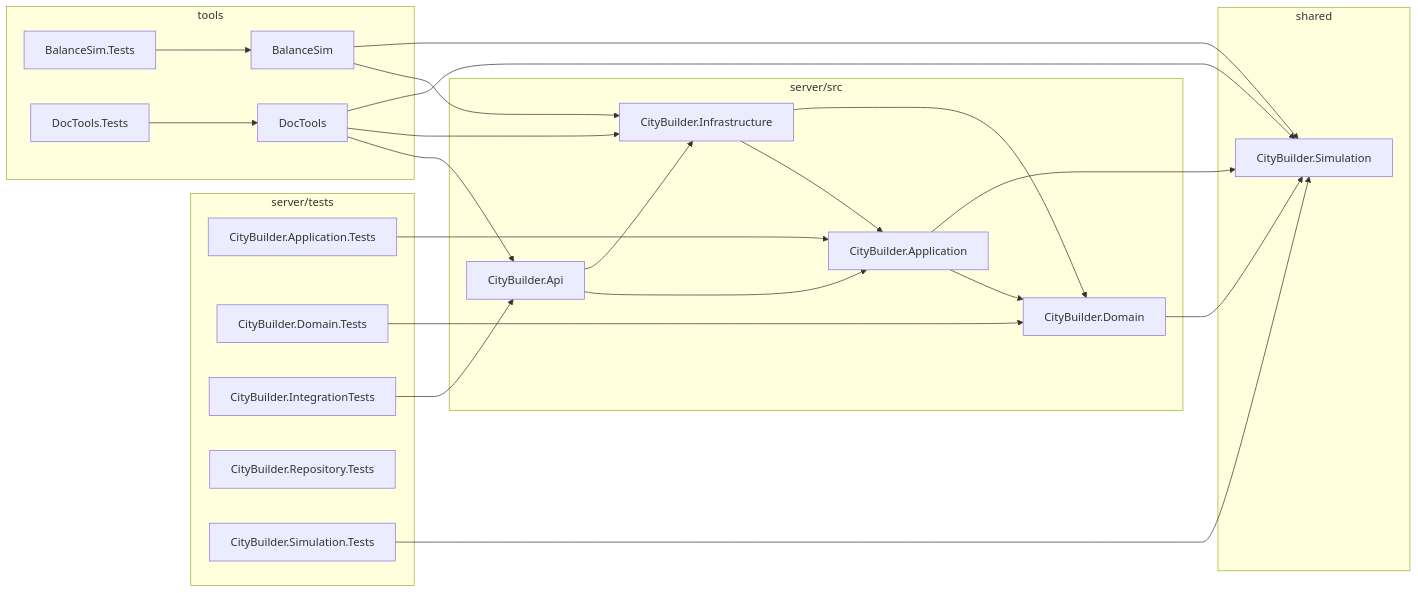
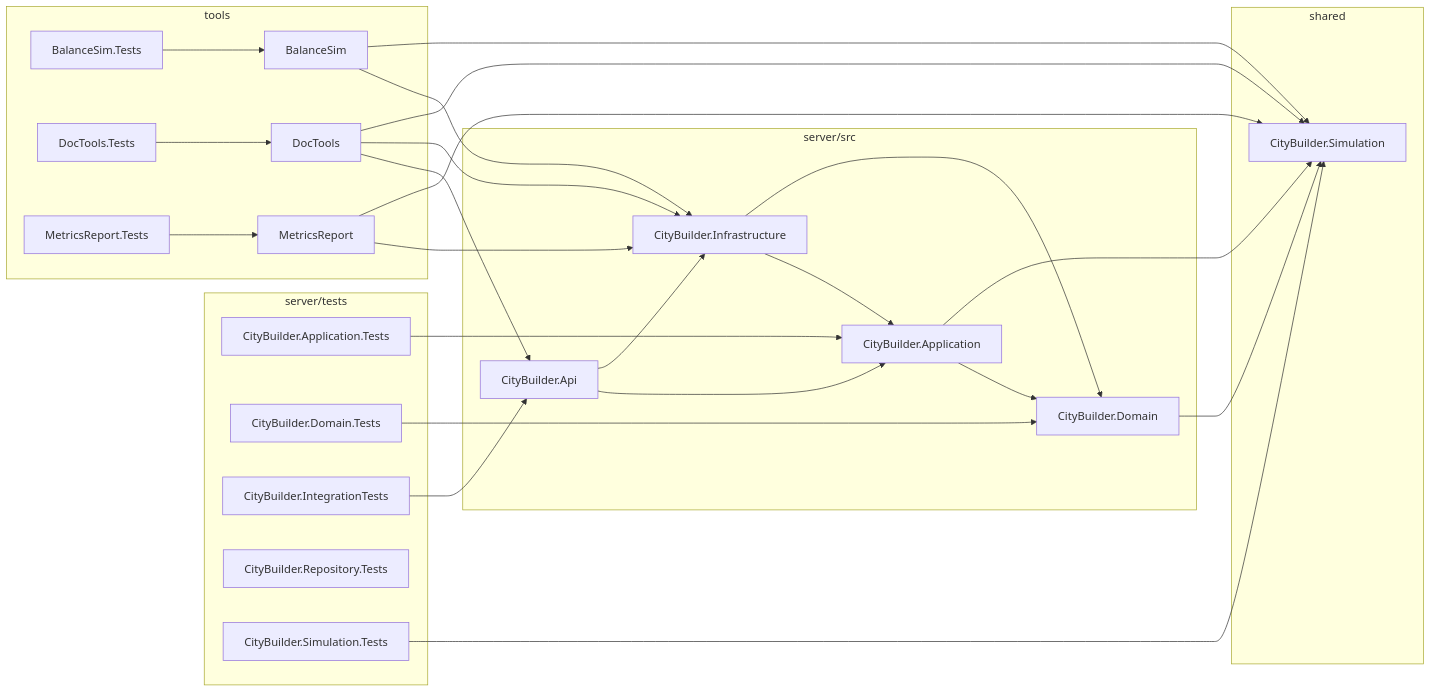
The first of 2 diagrams in docs/reference/generated/project-map.md (Samurai-netizen/citybuild), drawn with Mermaid before and after one commit. The commit also changed other lines of this file and 5 other files, not shown here.

Commit message:
docs(CR-0009-T2): checkpoint, part A (projects, command line, architecture docs)

````diff
--- a/docs/reference/generated/project-map.md
+++ b/docs/reference/generated/project-map.md
@@ -11,43 +11,48 @@
 ```mermaid
 flowchart LR
   subgraph n_server_src["server/src"]
     n_CityBuilder_Api["CityBuilder.Api"]
     n_CityBuilder_Application["CityBuilder.Application"]
     n_CityBuilder_Domain["CityBuilder.Domain"]
     n_CityBuilder_Infrastructure["CityBuilder.Infrastructure"]
   end
   subgraph n_server_tests["server/tests"]
     n_CityBuilder_Application_Tests["CityBuilder.Application.Tests"]
     n_CityBuilder_Domain_Tests["CityBuilder.Domain.Tests"]
     n_CityBuilder_IntegrationTests["CityBuilder.IntegrationTests"]
     n_CityBuilder_Repository_Tests["CityBuilder.Repository.Tests"]
     n_CityBuilder_Simulation_Tests["CityBuilder.Simulation.Tests"]
   end
   subgraph n_shared["shared"]
     n_CityBuilder_Simulation["CityBuilder.Simulation"]
   end
   subgraph n_tools["tools"]
     n_BalanceSim_Tests["BalanceSim.Tests"]
     n_BalanceSim["BalanceSim"]
     n_DocTools_Tests["DocTools.Tests"]
     n_DocTools["DocTools"]
+    n_MetricsReport_Tests["MetricsReport.Tests"]
+    n_MetricsReport["MetricsReport"]
   end
   n_CityBuilder_Api --> n_CityBuilder_Application
   n_CityBuilder_Api --> n_CityBuilder_Infrastructure
   n_CityBuilder_Application --> n_CityBuilder_Domain
   n_CityBuilder_Application --> n_CityBuilder_Simulation
   n_CityBuilder_Domain --> n_CityBuilder_Simulation
   n_CityBuilder_Infrastructure --> n_CityBuilder_Application
   n_CityBuilder_Infrastructure --> n_CityBuilder_Domain
   n_CityBuilder_Application_Tests --> n_CityBuilder_Application
   n_CityBuilder_Domain_Tests --> n_CityBuilder_Domain
   n_CityBuilder_IntegrationTests --> n_CityBuilder_Api
   n_CityBuilder_Simulation_Tests --> n_CityBuilder_Simulation
   n_BalanceSim_Tests --> n_BalanceSim
   n_BalanceSim --> n_CityBuilder_Infrastructure
   n_BalanceSim --> n_CityBuilder_Simulation
   n_DocTools_Tests --> n_DocTools
   n_DocTools --> n_CityBuilder_Api
   n_DocTools --> n_CityBuilder_Infrastructure
   n_DocTools --> n_CityBuilder_Simulation
+  n_MetricsReport_Tests --> n_MetricsReport
+  n_MetricsReport --> n_CityBuilder_Infrastructure
+  n_MetricsReport --> n_CityBuilder_Simulation
 ```
````
